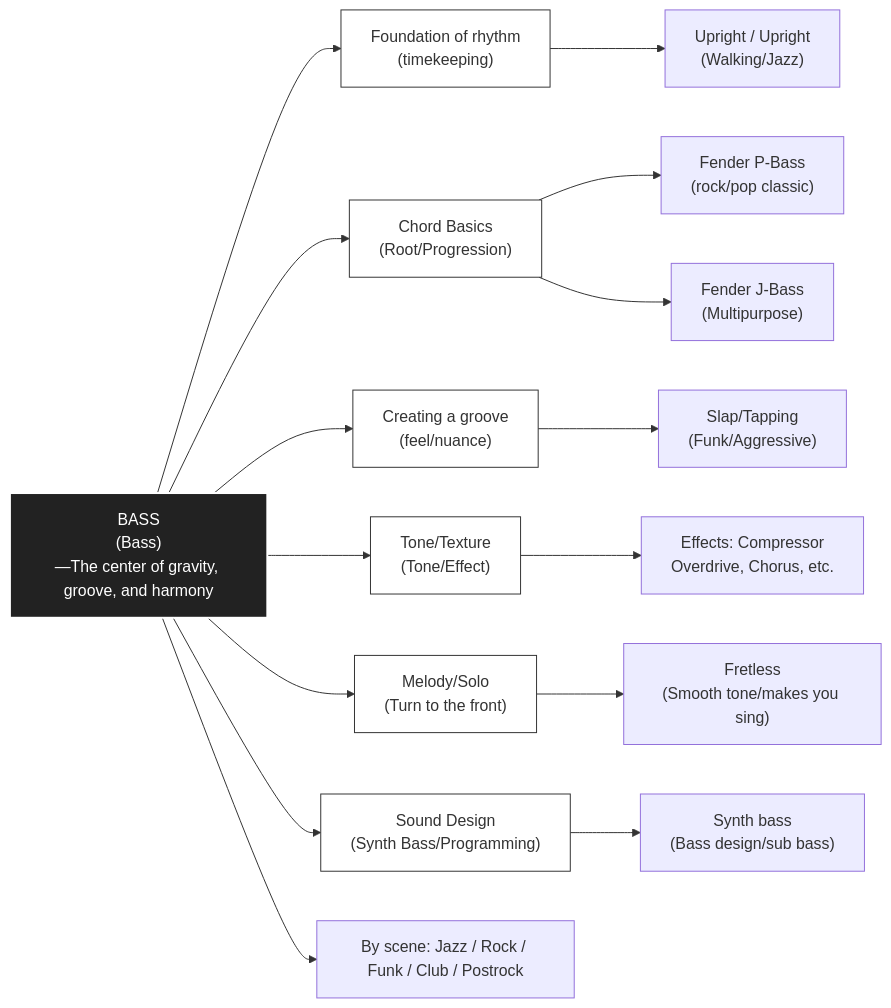
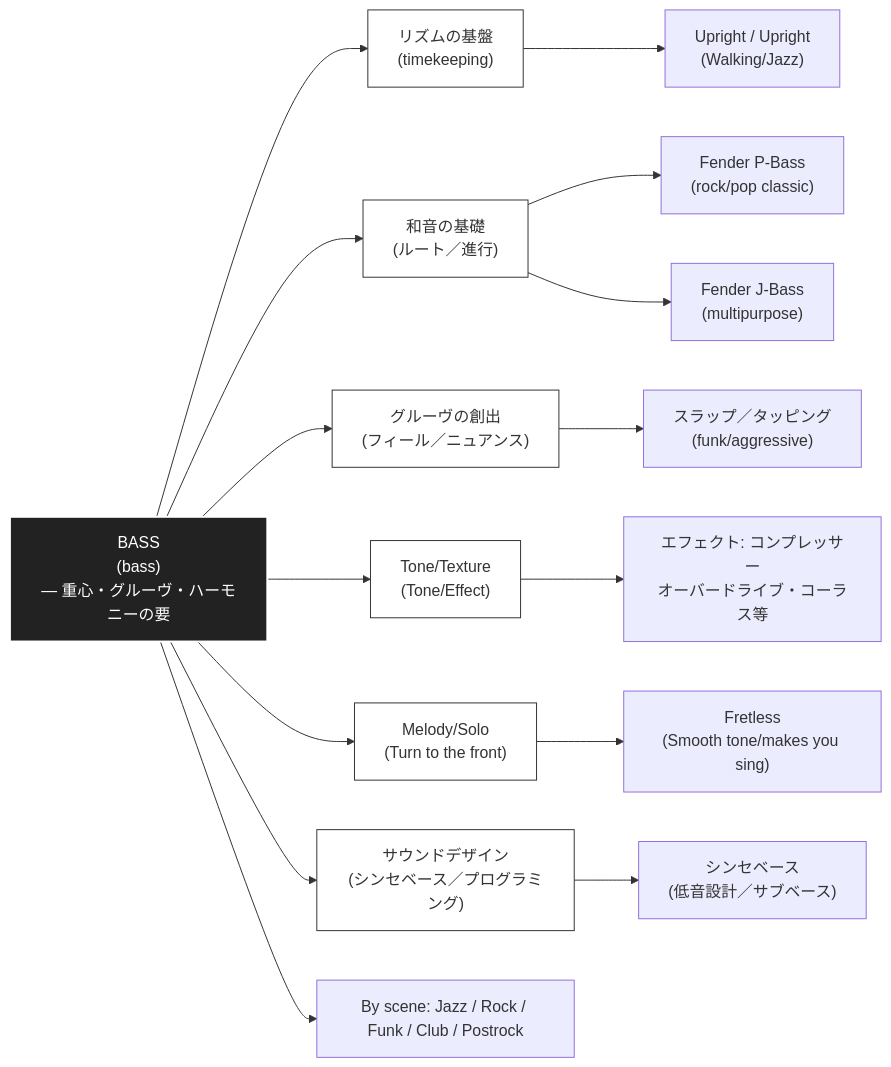
The second of 2 diagrams in en/_posts/2025-10-18-column-bassists.md (monumental-movement/monumental-movement.github.io), drawn with Mermaid before and after one commit. The commit also changed other lines of this file and 2196 other files, not shown here.

```diff
--- a/en/_posts/2025-10-18-column-bassists.md
+++ b/en/_posts/2025-10-18-column-bassists.md
@@ -255,58 +254,58 @@
 <div class="mermaid">
 
 flowchart LR
 %% Center: Bass
-Bass["BASS\n(Bass)\n—The center of gravity, groove, and harmony"]
+Bass["BASS\n(bass)\n— 重心・グルーヴ・ハーモニーの要"]
 
 
 %% Primary roles
-Rhythm["Foundation of rhythm\n(timekeeping)"]
-Harmony["Chord Basics\n(Root/Progression)"]
-Groove["Creating a groove\n(feel/nuance)"]
+Rhythm["リズムの基盤\n(timekeeping)"]
+Harmony["和音の基礎\n(ルート／進行)"]
+Groove["グルーヴの創出\n(フィール／ニュアンス)"]
 Texture["Tone/Texture\n(Tone/Effect)"]
 Lead["Melody/Solo\n(Turn to the front)"]
-Design["Sound Design\n(Synth Bass/Programming)"]
+Design["サウンドデザイン\n(シンセベース／プログラミング)"]
 
 
 %% Techniques/Instruments
 Upright["Upright / Upright\n(Walking/Jazz)"]
 P_Bass["Fender P-Bass\n(rock/pop classic)"]
-J_Bass["Fender J-Bass\n(Multipurpose)"]
+J_Bass["Fender J-Bass\n(multipurpose) "]
 Fretless["Fretless\n(Smooth tone/makes you sing)"]
-Synth["Synth bass\n(Bass design/sub bass)"]
-Slap["Slap/Tapping\n(Funk/Aggressive)"]
-Effects["Effects: Compressor\nOverdrive, Chorus, etc."]
+Synth["シンセベース\n(低音設計／サブベース) "]
+Slap["スラップ／タッピング\n(funk/aggressive) "]
+Effects["エフェクト: コンプレッサー\nオーバードライブ・コーラス等"]
 
 
 %% Connections
 Bass --> Rhythm
 Bass --> Harmony
 Bass --> Groove
 Bass --> Texture
 Bass --> Lead
 Bass --> Design
 
 
 Groove --> Slap
 Texture --> Effects
 Design --> Synth
 Rhythm --> Upright
 Harmony --> P_Bass
 Harmony --> J_Bass
 Lead --> Fretless
 
 
 %% Context labels
 Scene1["By scene: Jazz / Rock / Funk / Club / Postrock"]
 Bass --> Scene1
 
 
 style Bass fill:#222,stroke:#fff,color:#fff,stroke-width:2px
 style Rhythm fill:#fff,stroke:#333
 style Harmony fill:#fff,stroke:#333
 style Groove fill:#fff,stroke:#333
 style Texture fill:#fff,stroke:#333
 style Lead fill:#fff,stroke:#333
 style Design fill:#fff,stroke:#333
 
 </div>
```
